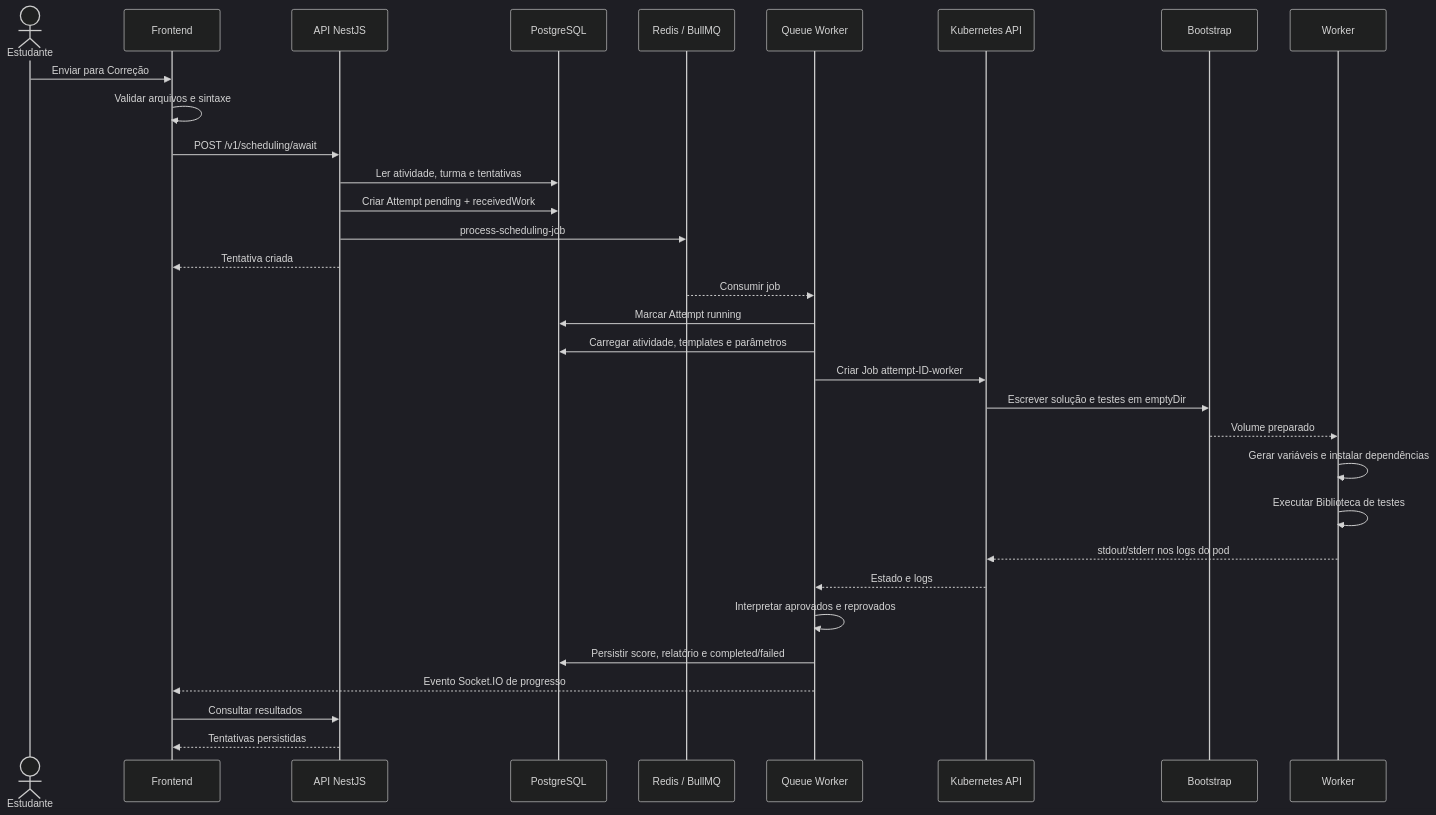
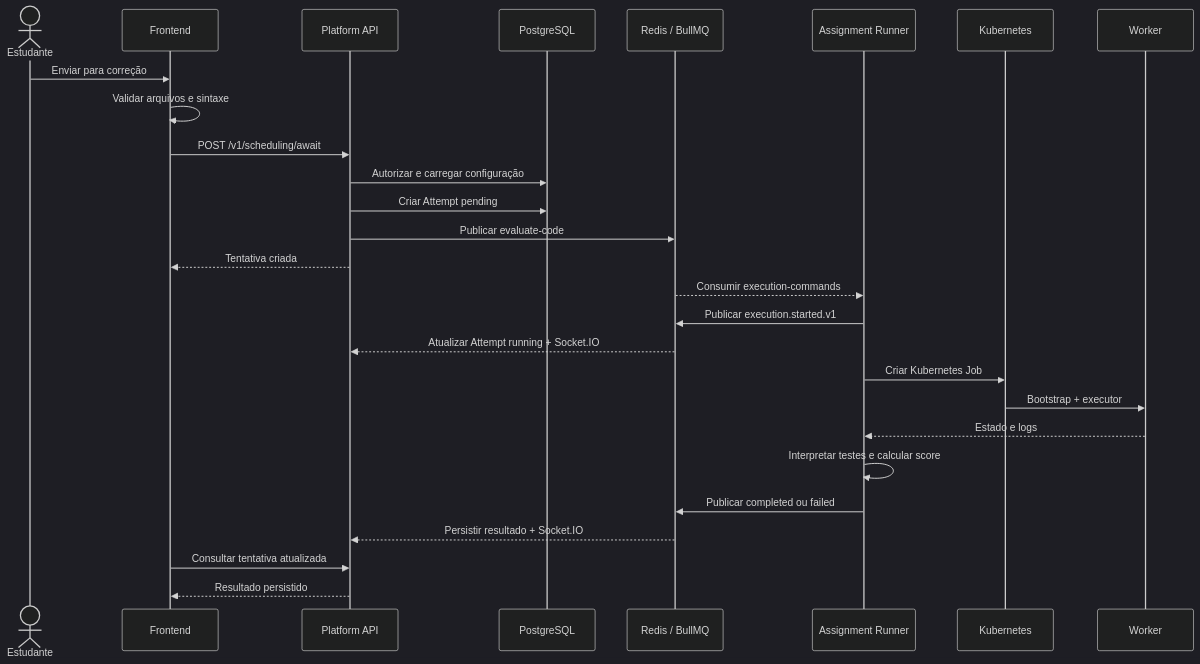
The diagram in docs/execution-flow.md (COCSI-MG/eevee), drawn with Mermaid (dark theme) before and after one commit. The commit also changed other lines of this file and 24 other files, not shown here.

````diff
--- a/docs/execution-flow.md
+++ b/docs/execution-flow.md
@@ -7,35 +7,30 @@
 ```mermaid
 sequenceDiagram
     actor S as Estudante
     participant F as Frontend
-    participant A as API NestJS
+    participant A as Platform API
     participant DB as PostgreSQL
     participant R as Redis / BullMQ
-    participant Q as Queue Worker
-    participant K as Kubernetes API
-    participant I as Bootstrap
+    participant Q as Assignment Runner
+    participant K as Kubernetes
     participant W as Worker
 
-    S->>F: Enviar para Correção
+    S->>F: Enviar para correção
     F->>F: Validar arquivos e sintaxe
     F->>A: POST /v1/scheduling/await
-    A->>DB: Ler atividade, turma e tentativas
-    A->>DB: Criar Attempt pending + receivedWork
-    A->>R: process-scheduling-job
+    A->>DB: Autorizar e carregar configuração
+    A->>DB: Criar Attempt pending
+    A->>R: Publicar evaluate-code
     A-->>F: Tentativa criada
-    R-->>Q: Consumir job
-    Q->>DB: Marcar Attempt running
-    Q->>DB: Carregar atividade, templates e parâmetros
-    Q->>K: Criar Job attempt-ID-worker
-    K->>I: Escrever solução e testes em emptyDir
-    I-->>W: Volume preparado
-    W->>W: Gerar variáveis e instalar dependências
-    W->>W: Executar Biblioteca de testes
-    W-->>K: stdout/stderr nos logs do pod
-    K-->>Q: Estado e logs
-    Q->>Q: Interpretar aprovados e reprovados
-    Q->>DB: Persistir score, relatório e completed/failed
-    Q-->>F: Evento Socket.IO de progresso
-    F->>A: Consultar resultados
-    A-->>F: Tentativas persistidas
+    R-->>Q: Consumir execution-commands
+    Q->>R: Publicar execution.started.v1
+    R-->>A: Atualizar Attempt running + Socket.IO
+    Q->>K: Criar Kubernetes Job
+    K->>W: Bootstrap + executor
+    W-->>Q: Estado e logs
+    Q->>Q: Interpretar testes e calcular score
+    Q->>R: Publicar completed ou failed
+    R-->>A: Persistir resultado + Socket.IO
+    F->>A: Consultar tentativa atualizada
+    A-->>F: Resultado persistido
 ```
````
